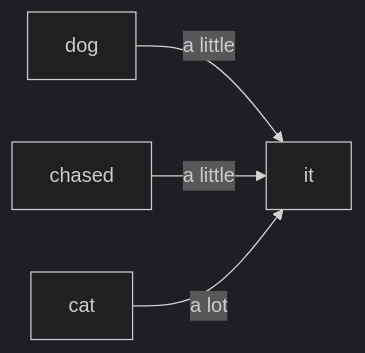
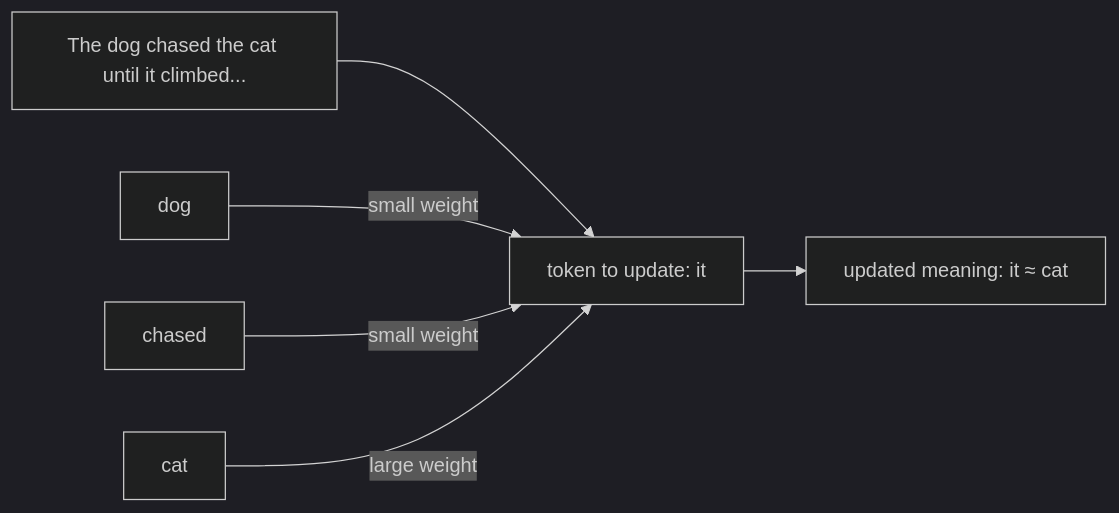
The diagram in docs/learn/paying-attention.md (openlanguagemodel/openlanguagemodel), drawn with Mermaid (dark theme) before and after one commit. The commit also changed other lines of this file and 8 other files, not shown here.

Commit message:
Refine homepage flow and course lessons

````diff
--- a/docs/learn/paying-attention.md
+++ b/docs/learn/paying-attention.md
@@ -38,6 +38,8 @@
 ```mermaid
 flowchart LR
-    dog -->|"a little"| it
-    chased -->|"a little"| it
-    cat -->|"a lot"| it
+    sentence["The dog chased the cat until it climbed..."] --> target["token to update: it"]
+    dog["dog"] -->|"small weight"| target
+    chased["chased"] -->|"small weight"| target
+    cat["cat"] -->|"large weight"| target
+    target --> meaning["updated meaning: it ≈ cat"]
 ```
````
